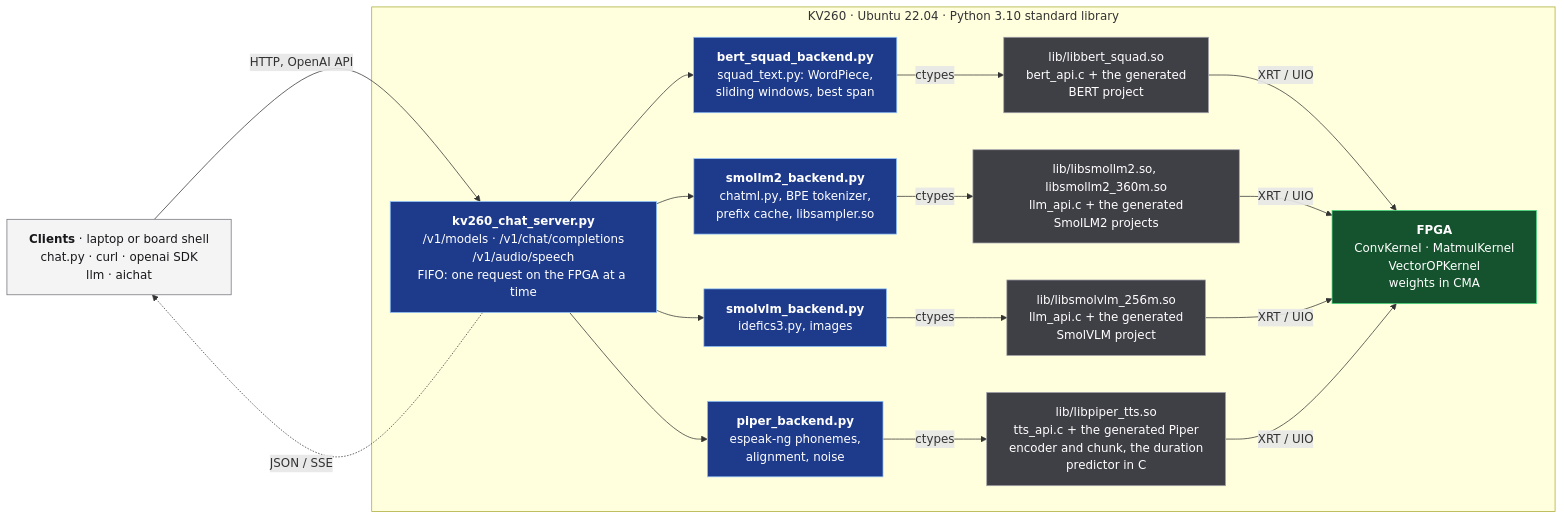
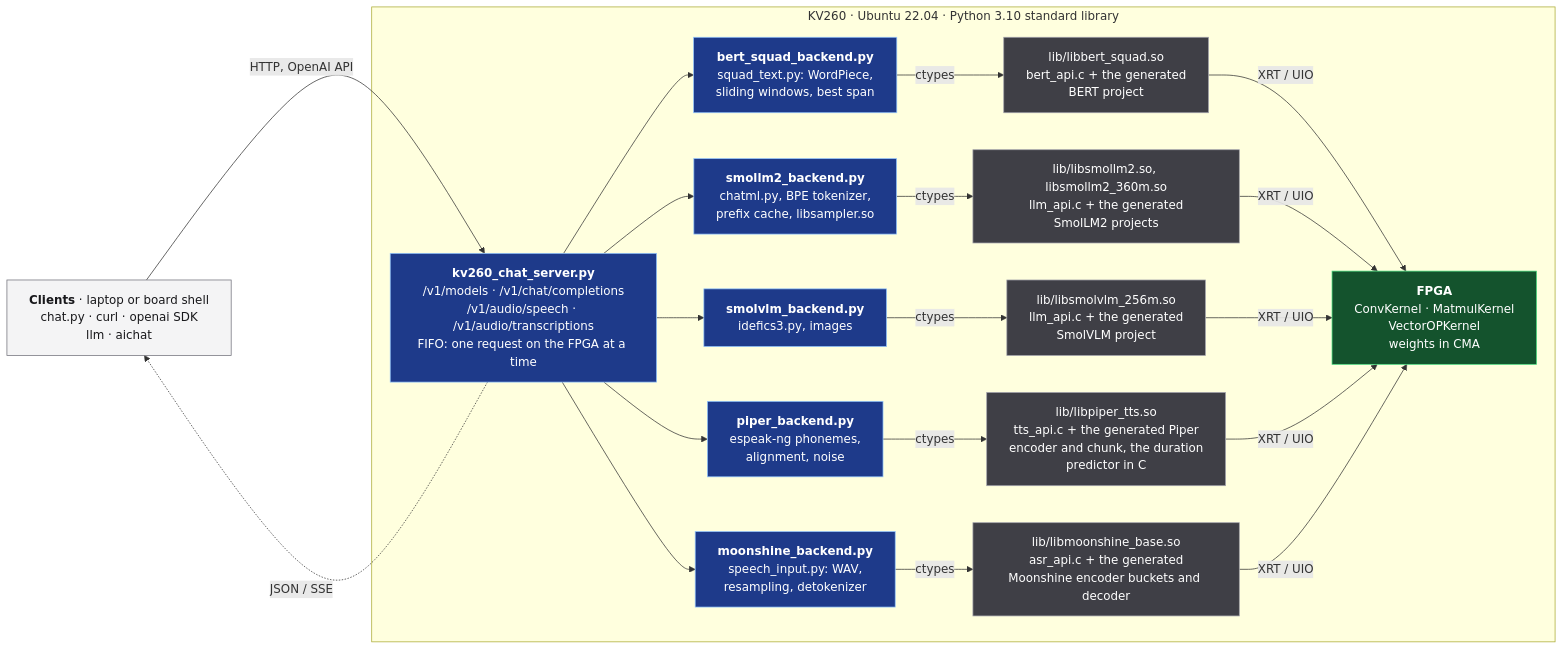
The diagram in demo/chat/README.md (phoenix367/cormorant), drawn with Mermaid before and after one commit. The commit also changed other lines of this file and 26 other files, not shown here.

````diff
--- a/demo/chat/README.md
+++ b/demo/chat/README.md
@@ -37,34 +39,37 @@
 ```mermaid
 %%{init: {"flowchart": {"wrappingWidth": 300}}}%%
 flowchart LR
     clients["<b>Clients</b> · laptop or board shell<br/>chat.py · curl · openai SDK<br/>llm · aichat"]
     subgraph board["KV260 · Ubuntu 22.04 · Python 3.10 standard library"]
-        server["<b>kv260_chat_server.py</b><br/>/v1/models · /v1/chat/completions<br/>/v1/audio/speech<br/>FIFO: one request on the FPGA at a time"]
+        server["<b>kv260_chat_server.py</b><br/>/v1/models · /v1/chat/completions<br/>/v1/audio/speech · /v1/audio/transcriptions<br/>FIFO: one request on the FPGA at a time"]
         bert["<b>bert_squad_backend.py</b><br/>squad_text.py: WordPiece,<br/>sliding windows, best span"]
         llm["<b>smollm2_backend.py</b><br/>chatml.py, BPE tokenizer,<br/>prefix cache, libsampler.so"]
         vlm["<b>smolvlm_backend.py</b><br/>idefics3.py, images"]
         tts["<b>piper_backend.py</b><br/>espeak-ng phonemes,<br/>alignment, noise"]
+        asr["<b>moonshine_backend.py</b><br/>speech_input.py: WAV,<br/>resampling, detokenizer"]
         libbert["lib/libbert_squad.so<br/>bert_api.c + the generated<br/>BERT project"]
         libllm["lib/libsmollm2.so, libsmollm2_360m.so<br/>llm_api.c + the generated<br/>SmolLM2 projects"]
         libvlm["lib/libsmolvlm_256m.so<br/>llm_api.c + the generated<br/>SmolVLM project"]
         libtts["lib/libpiper_tts.so<br/>tts_api.c + the generated Piper<br/>encoder and chunk, the duration<br/>predictor in C"]
+        libasr["lib/libmoonshine_base.so<br/>asr_api.c + the generated<br/>Moonshine encoder buckets and decoder"]
         fpga["<b>FPGA</b><br/>ConvKernel · MatmulKernel<br/>VectorOPKernel<br/>weights in CMA"]
     end
     clients -- "HTTP, OpenAI API" --> server
     server -. "JSON / SSE" .-> clients
-    server --> bert & llm & vlm & tts
+    server --> bert & llm & vlm & tts & asr
     bert -- ctypes --> libbert
     llm -- ctypes --> libllm
     vlm -- ctypes --> libvlm
     tts -- ctypes --> libtts
-    libbert & libllm & libvlm & libtts -- "XRT / UIO" --> fpga
+    asr -- ctypes --> libasr
+    libbert & libllm & libvlm & libtts & libasr -- "XRT / UIO" --> fpga
 
     classDef py fill:#1e3a8a,stroke:#93c5fd,color:#ffffff
     classDef lib fill:#3f3f46,stroke:#a1a1aa,color:#ffffff
     classDef hw fill:#14532d,stroke:#4ade80,color:#ffffff
     classDef ext fill:#f4f4f5,stroke:#71717a,color:#18181b
-    class server,bert,llm,vlm,tts py
-    class libbert,libllm,libvlm,libtts lib
+    class server,bert,llm,vlm,tts,asr py
+    class libbert,libllm,libvlm,libtts,libasr lib
     class fpga hw
     class clients ext
 ```
````
